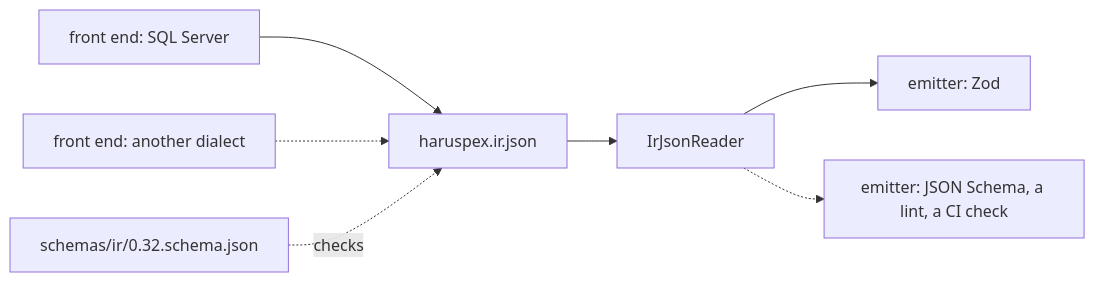
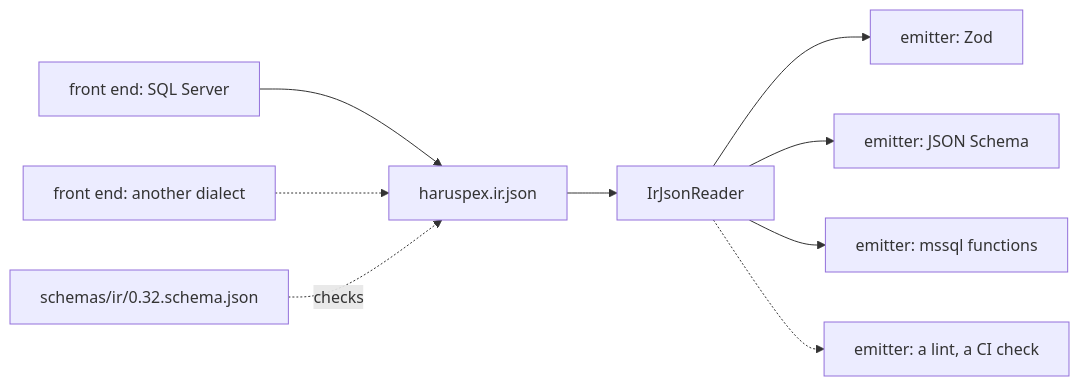
Before and after one commit to haruspex-tools/haruspex: the diagram in docs/internals/10-the-ir-as-a-contract.md, drawn with Mermaid. The commit also changed other lines of this file and 10 other files, not shown here.

````diff
--- a/docs/internals/10-the-ir-as-a-contract.md
+++ b/docs/internals/10-the-ir-as-a-contract.md
@@ -26,9 +27,11 @@
 ```mermaid
 flowchart LR
     tsql["front end: SQL Server"] --> file["haruspex.ir.json"]
     pg["front end: another dialect"] -.-> file
     file --> reader["IrJsonReader"]
     reader --> zod["emitter: Zod"]
-    reader -.-> other["emitter: JSON Schema, a lint, a CI check"]
+    reader --> jsonSchema["emitter: JSON Schema"]
+    reader --> mssql["emitter: mssql functions"]
+    reader -.-> other["emitter: a lint, a CI check"]
     schema["schemas/ir/0.32.schema.json"] -.->|checks| file
 ```
````
